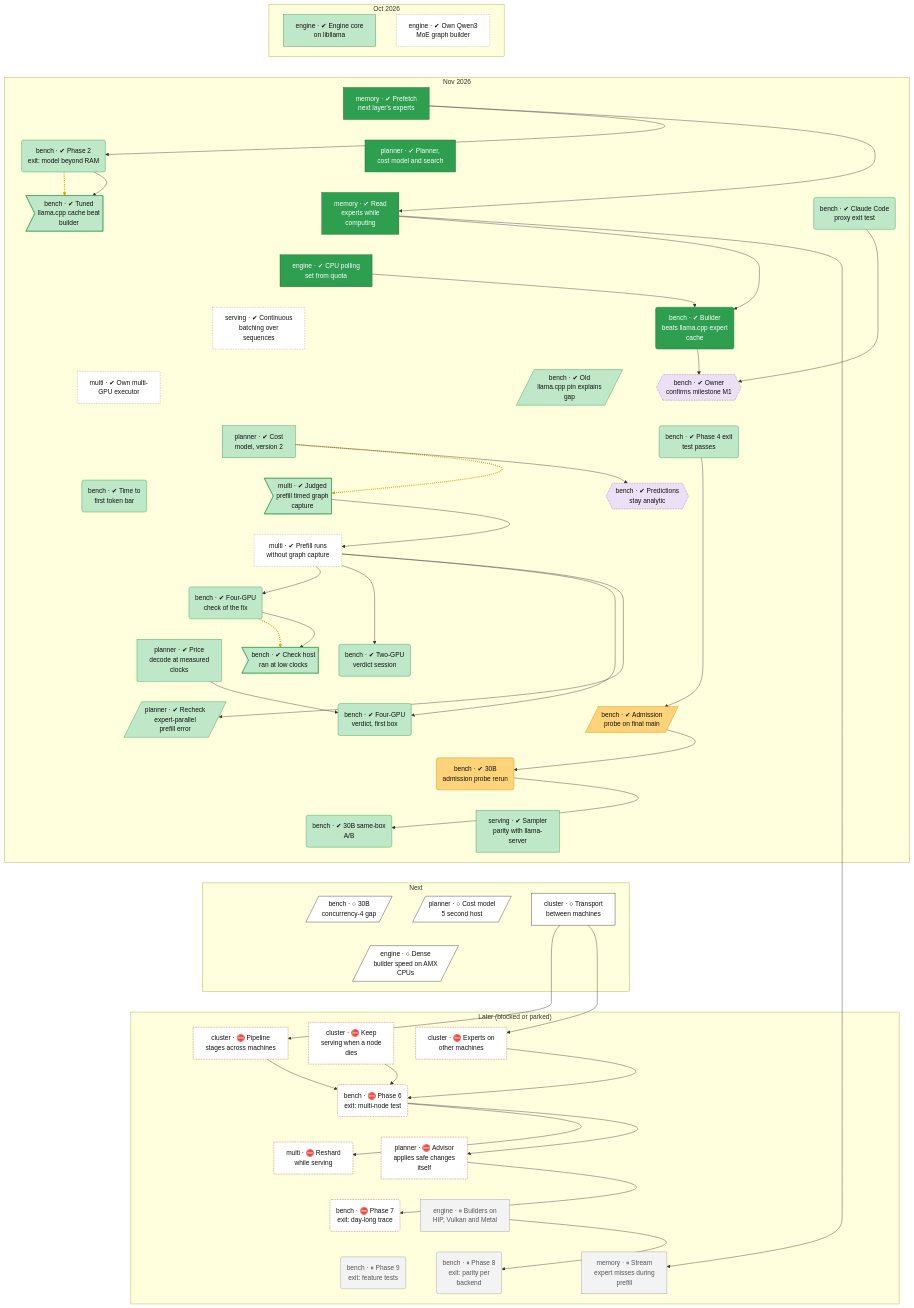
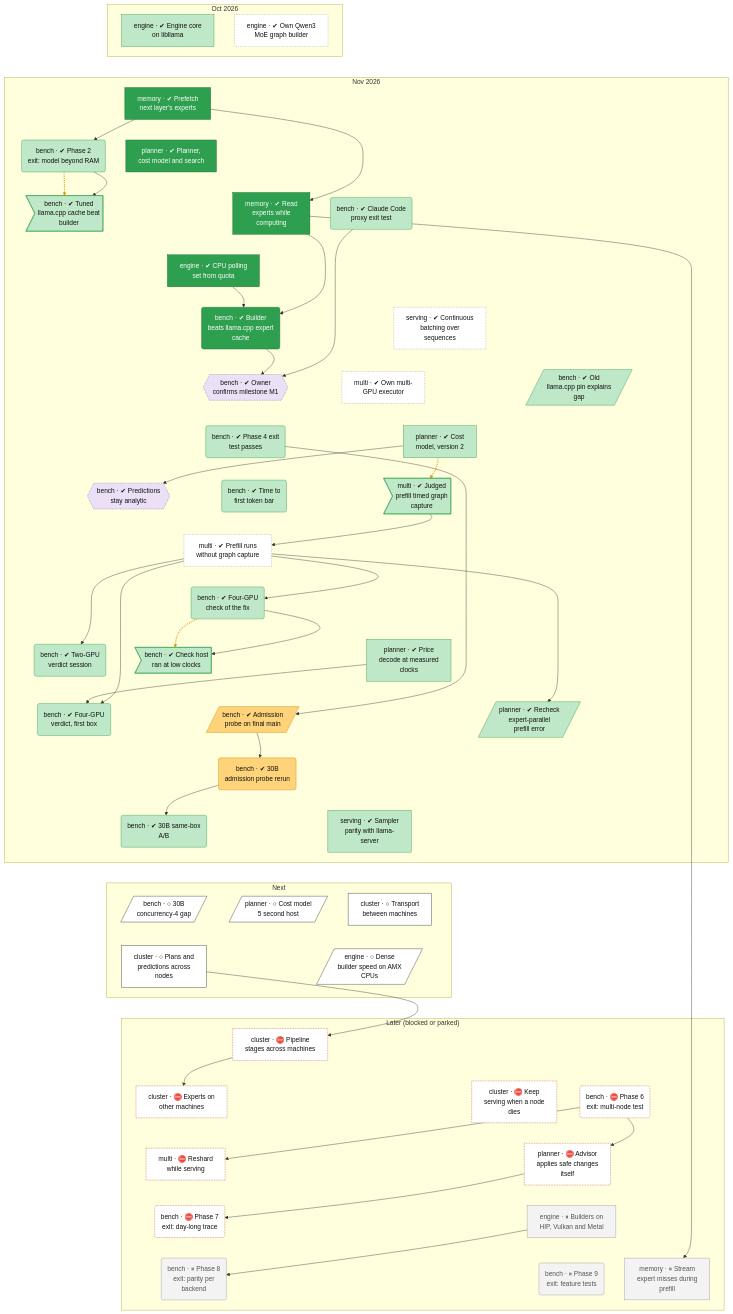
One commit to lhns/tetraeder changed the second of 2 diagrams in docs/roadmap.md. Above: the diagram before and after it, drawn with Mermaid. The commit also changed other lines of this file and 8 other files, not shown here.

````diff
--- a/docs/roadmap.md
+++ b/docs/roadmap.md
@@ -139,6 +139,7 @@
         bench_30b_c4_gap[/"bench · ○ 30B<br/>concurrency-4 gap"/]
         planner_cost_model_v5_host2[/"planner · ○ Cost model<br/>5 second host"/]
         cluster_transport["cluster · ○ Transport<br/>between machines"]
+        cluster_planner["cluster · ○ Plans and<br/>predictions across<br/>nodes"]
         engine_dense_amx[/"engine · ○ Dense<br/>builder speed on AMX<br/>CPUs"/]
     end
     subgraph bd_3["Later (blocked or parked)"]
@@ -193,16 +194,16 @@
     bench_ab30b ~~~ bench_30b_c4_gap
     serving_parity_sampling ~~~ planner_cost_model_v5_host2
     serving_parity_sampling ~~~ cluster_transport
-    bench_30b_c4_gap ~~~ engine_dense_amx
+    bench_30b_c4_gap ~~~ cluster_planner
     planner_cost_model_v5_host2 ~~~ engine_dense_amx
     cluster_transport ~~~ engine_dense_amx
+    cluster_planner ~~~ cluster_pipeline_nodes
     engine_dense_amx ~~~ cluster_pipeline_nodes
-    engine_dense_amx ~~~ cluster_experts_nodes
-    engine_dense_amx ~~~ cluster_failover
+    cluster_pipeline_nodes ~~~ cluster_experts_nodes
+    cluster_pipeline_nodes ~~~ cluster_failover
     cluster_pipeline_nodes ~~~ bench_phase6_exit
-    cluster_experts_nodes ~~~ bench_phase6_exit
-    cluster_failover ~~~ bench_phase6_exit
-    bench_phase6_exit ~~~ multi_live_reshard
+    cluster_experts_nodes ~~~ multi_live_reshard
+    cluster_failover ~~~ planner_advisor_auto
     bench_phase6_exit ~~~ planner_advisor_auto
     multi_live_reshard ~~~ bench_phase7_exit
     planner_advisor_auto ~~~ engine_backend_parity
@@ -230,11 +231,8 @@
     multi_prefill_no_capture --> planner_ep_prefill_recheck
     bench_d2a_probe --> bench_d2a_30b
     bench_d2a_30b --> bench_ab30b
-    cluster_transport --> cluster_pipeline_nodes
-    cluster_transport --> cluster_experts_nodes
-    cluster_pipeline_nodes --> bench_phase6_exit
-    cluster_experts_nodes --> bench_phase6_exit
-    cluster_failover --> bench_phase6_exit
+    cluster_planner --> cluster_pipeline_nodes
+    cluster_pipeline_nodes --> cluster_experts_nodes
     bench_phase6_exit --> multi_live_reshard
     bench_phase6_exit --> planner_advisor_auto
     planner_advisor_auto --> bench_phase7_exit
@@ -260,7 +258,7 @@
     class engine_cpu_poll,memory_prefetch,memory_io_service,planner_core,bench_m1_point1 vsucc
     class bench_owner_m1,bench_owner_analytic decided
     class bench_d2a_probe,bench_d2a_30b mixed
-    class bench_30b_c4_gap,planner_cost_model_v5_host2,cluster_transport,engine_dense_amx next
+    class bench_30b_c4_gap,planner_cost_model_v5_host2,cluster_transport,cluster_planner,engine_dense_amx next
     class cluster_pipeline_nodes,cluster_experts_nodes,cluster_failover,bench_phase6_exit,multi_live_reshard,planner_advisor_auto,bench_phase7_exit blocked
     class engine_backend_parity,bench_phase8_exit,bench_phase9_exit,memory_prefill_misses parked
 ```
````
